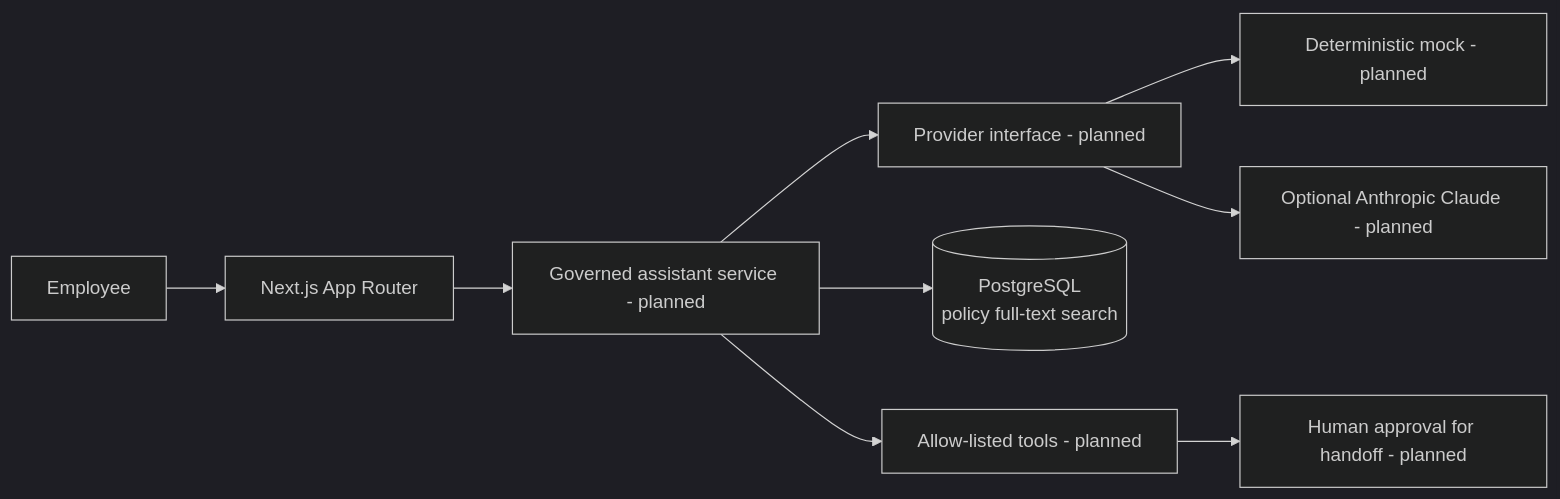
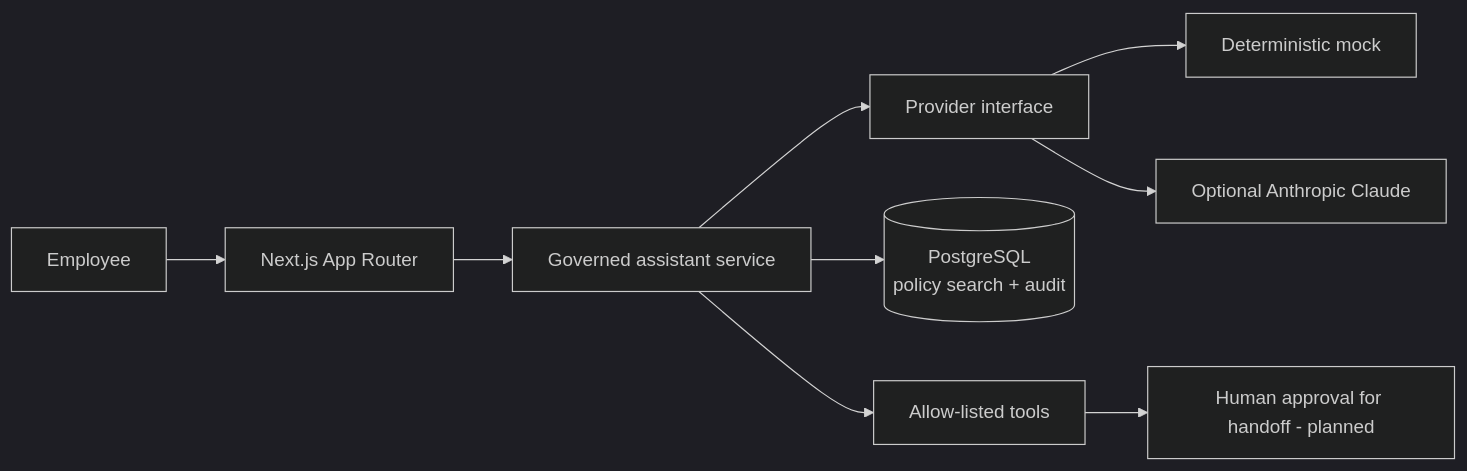
The diagram in README.md (LubosGit1/Governed-Policy-Agent), drawn with Mermaid (dark theme) before and after one commit. The commit also changed other lines of this file and 16 other files, not shown here.

Commit message:
feat: add governed policy assistant and tools

````diff
--- a/README.md
+++ b/README.md
@@ -29,11 +31,11 @@
 ```mermaid
 flowchart LR
     Employee --> Web[Next.js App Router]
-    Web --> Assistant[Governed assistant service - planned]
-    Assistant --> Provider[Provider interface - planned]
-    Provider --> Mock[Deterministic mock - planned]
-    Provider --> Claude[Optional Anthropic Claude - planned]
-    Assistant --> DB[(PostgreSQL\npolicy full-text search)]
-    Assistant --> Tools[Allow-listed tools - planned]
+    Web --> Assistant[Governed assistant service]
+    Assistant --> Provider[Provider interface]
+    Provider --> Mock[Deterministic mock]
+    Provider --> Claude[Optional Anthropic Claude]
+    Assistant --> DB[(PostgreSQL\npolicy search + audit)]
+    Assistant --> Tools[Allow-listed tools]
     Tools --> Approval[Human approval for handoff - planned]
 ```
````
